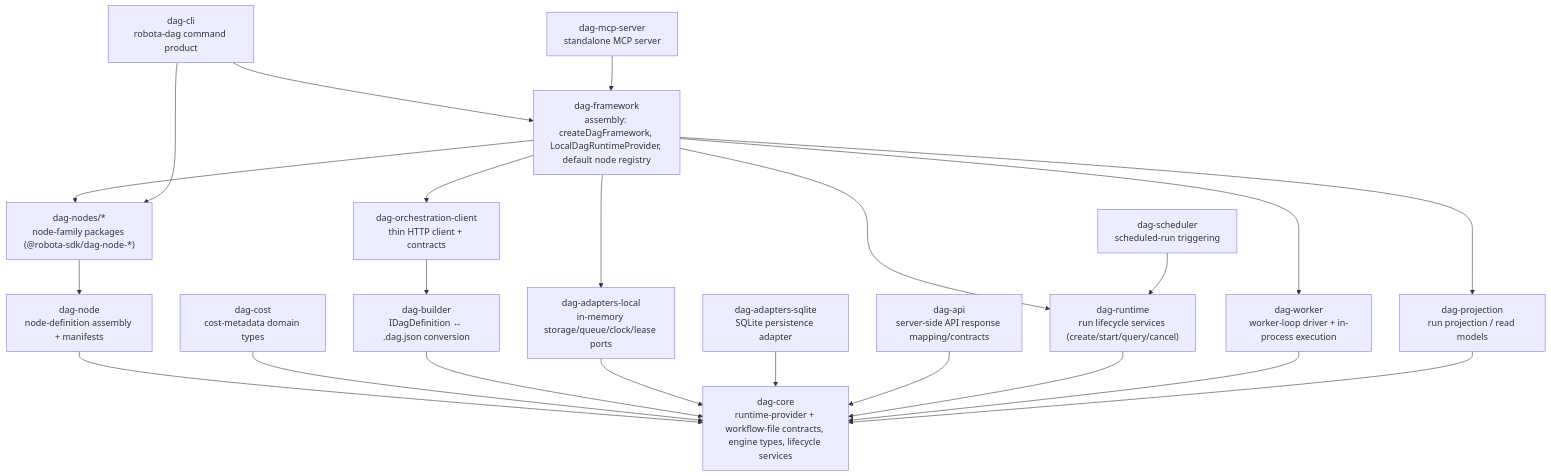
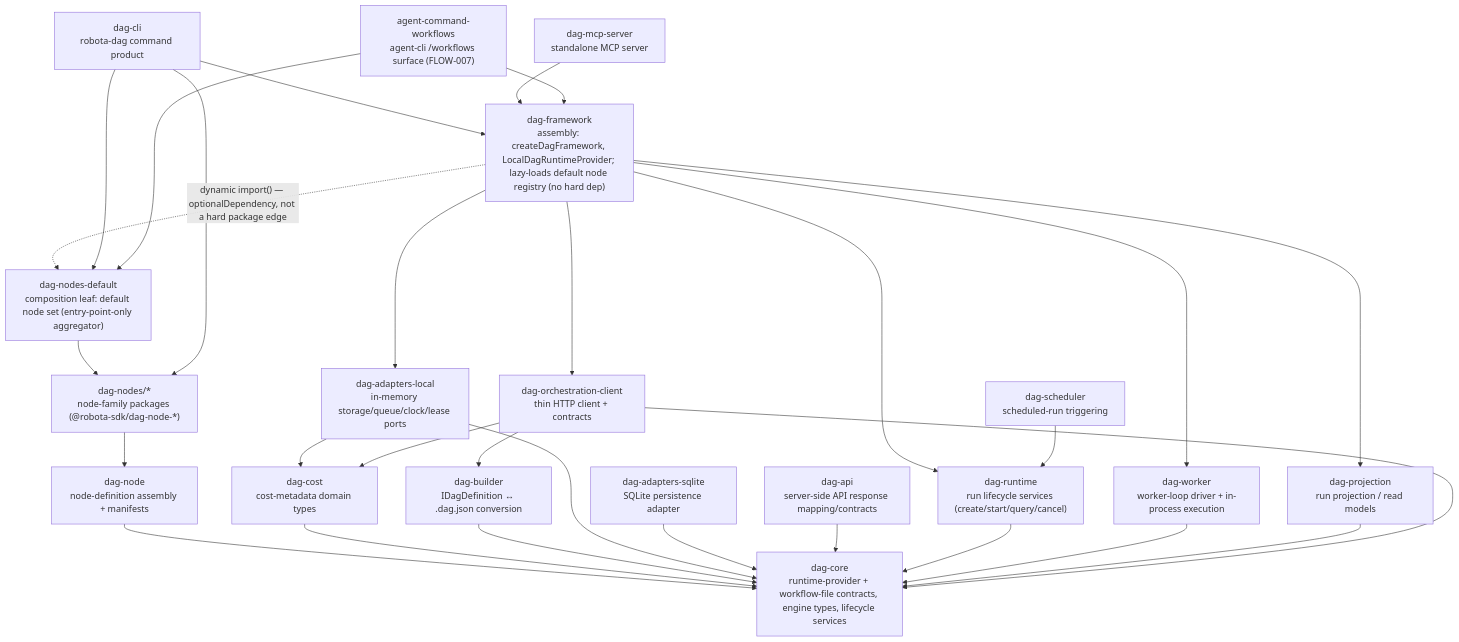
The diagram in .agents/specs/architecture-map/dag-system.md (woojubb/robota), drawn with Mermaid before and after one commit. The commit also changed other lines of this file and 22 other files, not shown here.

````diff
--- a/.agents/specs/architecture-map/dag-system.md
+++ b/.agents/specs/architecture-map/dag-system.md
@@ -9,41 +9,50 @@
 ```mermaid
 flowchart TD
   Core["dag-core\nruntime-provider + workflow-file contracts, engine types, lifecycle services"]
   Node["dag-node\nnode-definition assembly + manifests"]
   Cost["dag-cost\ncost-metadata domain types"]
   Builder["dag-builder\nIDagDefinition ↔ .dag.json conversion"]
   AdaptersLocal["dag-adapters-local\nin-memory storage/queue/clock/lease ports"]
   AdaptersSqlite["dag-adapters-sqlite\nSQLite persistence adapter"]
   Api["dag-api\nserver-side API response mapping/contracts"]
   Runtime["dag-runtime\nrun lifecycle services (create/start/query/cancel)"]
   Worker["dag-worker\nworker-loop driver + in-process execution"]
   Projection["dag-projection\nrun projection / read models"]
   OrchClient["dag-orchestration-client\nthin HTTP client + contracts"]
-  Framework["dag-framework\nassembly: createDagFramework, LocalDagRuntimeProvider, default node registry"]
+  Framework["dag-framework\nassembly: createDagFramework, LocalDagRuntimeProvider; lazy-loads default node registry (no hard dep)"]
   Nodes["dag-nodes/*\nnode-family packages (@robota-sdk/dag-node-*)"]
+  NodesDefault["dag-nodes-default\ncomposition leaf: default node set (entry-point-only aggregator)"]
   Cli["dag-cli\nrobota-dag command product"]
   Mcp["dag-mcp-server\nstandalone MCP server"]
   Scheduler["dag-scheduler\nscheduled-run triggering"]
+  Workflows["agent-command-workflows\nagent-cli /workflows surface (FLOW-007)"]
 
   Node --> Core
   Cost --> Core
   Builder --> Core
   AdaptersLocal --> Core
+  AdaptersLocal --> Cost
   AdaptersSqlite --> Core
   Api --> Core
   Runtime --> Core
   Worker --> Core
   Projection --> Core
   OrchClient --> Builder
+  OrchClient --> Core
+  OrchClient --> Cost
   Nodes --> Node
+  NodesDefault --> Nodes
   Framework --> AdaptersLocal
   Framework --> Runtime
   Framework --> Worker
   Framework --> Projection
-  Framework --> Nodes
+  Framework -. "dynamic import() — optionalDependency, not a hard package edge" .-> NodesDefault
   Framework --> OrchClient
   Cli --> Framework
   Cli --> Nodes
+  Cli --> NodesDefault
   Mcp --> Framework
   Scheduler --> Runtime
+  Workflows --> Framework
+  Workflows --> NodesDefault
 ```
````
